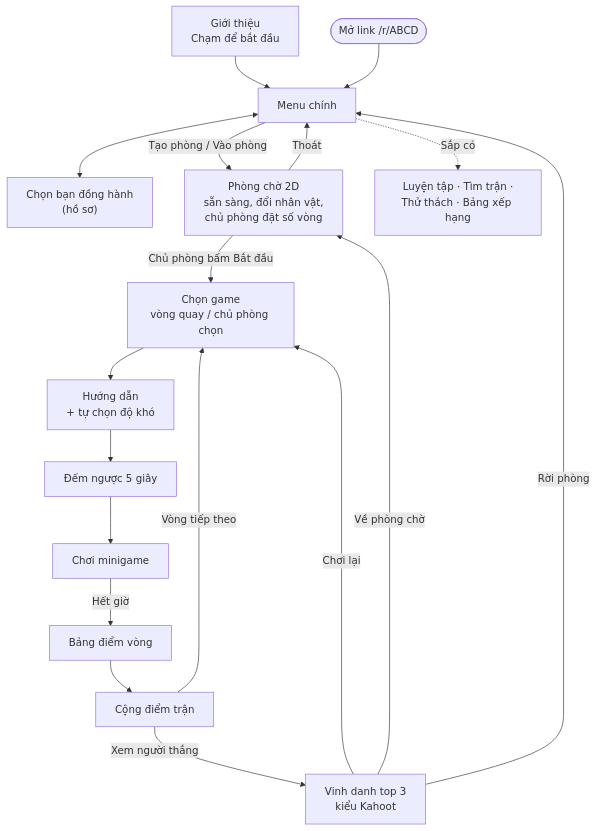
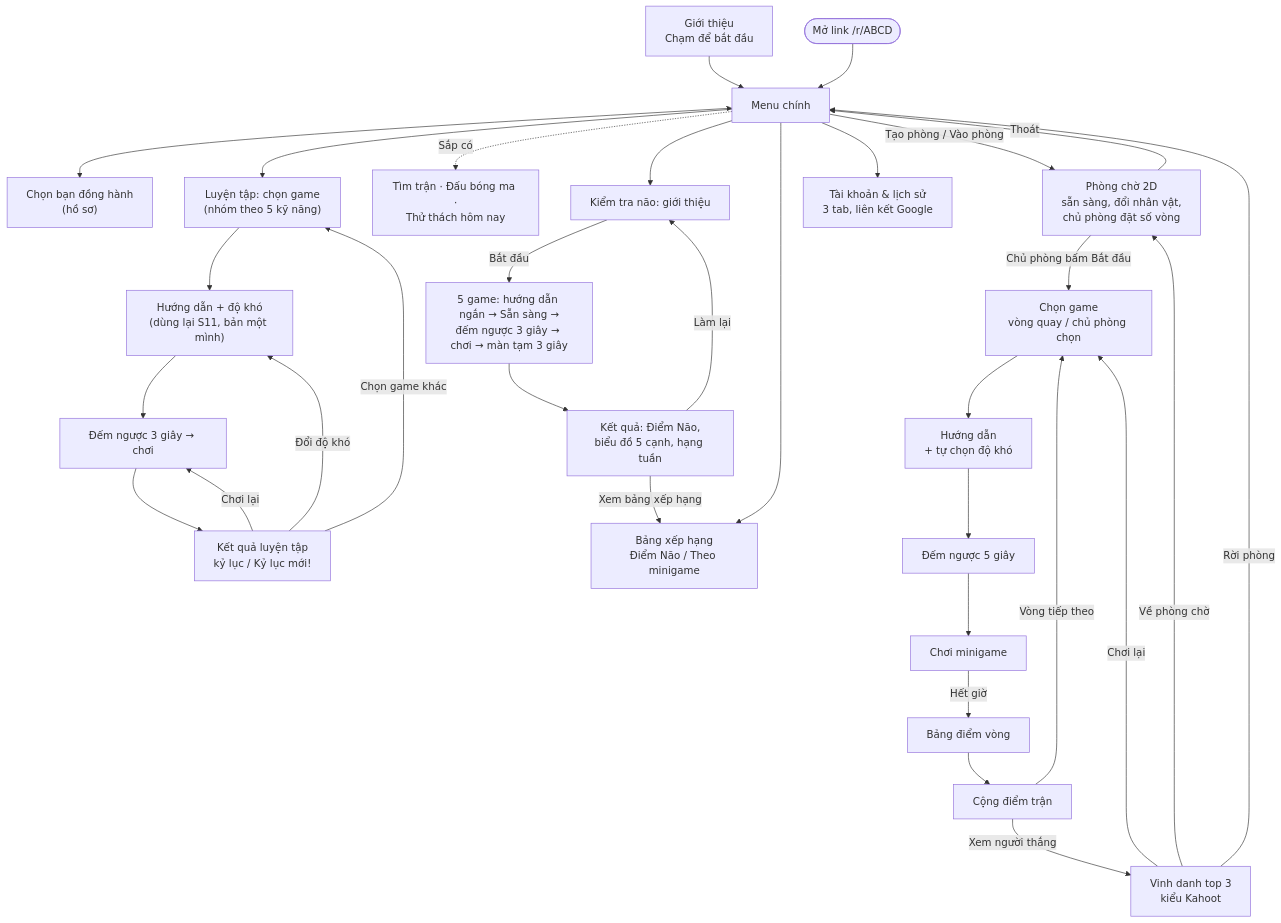
One commit to hungdinh-dev/brain-rizz changed the diagram in docs/01-product/ui-ux.md. Above: the diagram before and after it, drawn with Mermaid. The commit also changed other lines of this file and 9 other files, not shown here.

First line of the commit message:
docs: CR-009, SRS 1.6 và ADR 0011/0012 cho chế độ một mình và tài khoản

````diff
--- a/docs/01-product/ui-ux.md
+++ b/docs/01-product/ui-ux.md
@@ -24,20 +24,34 @@
 ```mermaid
 flowchart TD
   I["Giới thiệu<br/>Chạm để bắt đầu"] --> M["Menu chính"]
   L0(["Mở link /r/ABCD"]) --> M
   M <--> P["Chọn bạn đồng hành<br/>(hồ sơ)"]
   M -->|"Tạo phòng / Vào phòng"| LB["Phòng chờ 2D<br/>sẵn sàng, đổi nhân vật,<br/>chủ phòng đặt số vòng"]
-  M -.->|"Sắp có"| X["Luyện tập · Tìm trận ·<br/>Thử thách · Bảng xếp hạng"]
+  M -.->|"Sắp có"| X["Tìm trận · Đấu bóng ma ·<br/>Thử thách hôm nay"]
+  M --> PK["Luyện tập: chọn game<br/>(nhóm theo 5 kỹ năng)"]
+  PK --> PI["Hướng dẫn + độ khó<br/>(dùng lại S11, bản một mình)"]
+  PI --> PP["Đếm ngược 3 giây → chơi"]
+  PP --> PR["Kết quả luyện tập<br/>kỷ lục / Kỷ lục mới!"]
+  PR -->|"Chơi lại"| PP
+  PR -->|"Đổi độ khó"| PI
+  PR -->|"Chọn game khác"| PK
+  M --> BI["Kiểm tra não: giới thiệu"]
+  BI -->|"Bắt đầu"| BG["5 game: hướng dẫn ngắn → Sẵn sàng →<br/>đếm ngược 3 giây → chơi → màn tạm 3 giây"]
+  BG --> BR["Kết quả: Điểm Não,<br/>biểu đồ 5 cạnh, hạng tuần"]
+  BR -->|"Làm lại"| BI
+  BR -->|"Xem bảng xếp hạng"| LBD["Bảng xếp hạng<br/>Điểm Não / Theo minigame"]
+  M --> LBD
+  M --> AC["Tài khoản & lịch sử<br/>3 tab, liên kết Google"]
   LB -->|"Chủ phòng bấm Bắt đầu"| GS["Chọn game<br/>vòng quay / chủ phòng chọn"]
   GS --> GI["Hướng dẫn<br/>+ tự chọn độ khó"]
   GI --> CD["Đếm ngược 5 giây"]
   CD --> PL["Chơi minigame"]
   PL -->|"Hết giờ"| R["Bảng điểm vòng"]
   R --> MP["Cộng điểm trận"]
   MP -->|"Vòng tiếp theo"| GS
   MP -->|"Xem người thắng"| PD["Vinh danh top 3<br/>kiểu Kahoot"]
   PD -->|"Chơi lại"| GS
   PD -->|"Về phòng chờ"| LB
   LB -->|"Thoát"| M
   PD -->|"Rời phòng"| M
 ```
````
